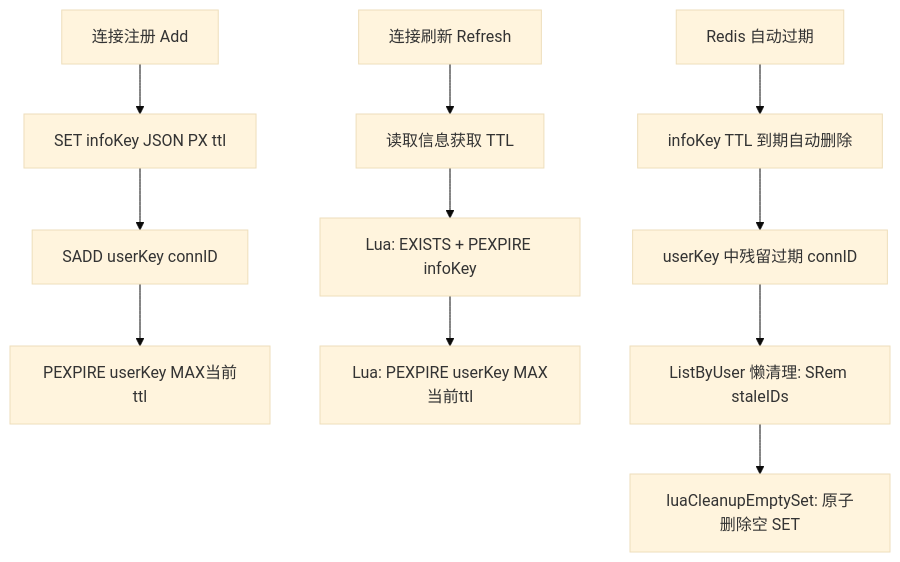
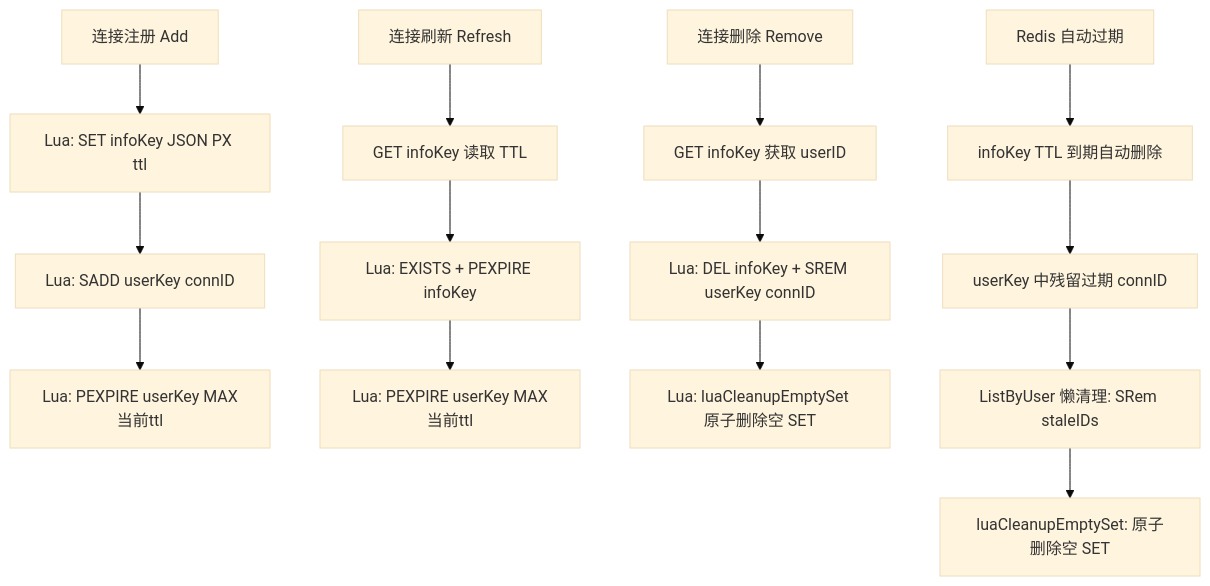
Before and after one commit to PineappleBond/xyncra-server: diagram 14 of 14 in wiki/flows/websocket-connection.md, drawn with Mermaid (base theme). The commit also changed other lines of this file and 16 other files, not shown here.

First line of the commit message:
docs(wiki): comprehensive review and fix of all flow documents

````diff
--- a/wiki/flows/websocket-connection.md
+++ b/wiki/flows/websocket-connection.md
@@ -801,15 +845,19 @@
 ```mermaid
 flowchart TD
-    A[连接注册 Add] --> B[SET infoKey JSON PX ttl]
-    B --> C[SADD userKey connID]
-    C --> D[PEXPIRE userKey MAX当前ttl]
+    A[连接注册 Add] --> B[Lua: SET infoKey JSON PX ttl]
+    B --> C[Lua: SADD userKey connID]
+    C --> D[Lua: PEXPIRE userKey MAX当前ttl]
 
-    E[连接刷新 Refresh] --> F[读取信息获取 TTL]
+    E[连接刷新 Refresh] --> F[GET infoKey 读取 TTL]
     F --> G[Lua: EXISTS + PEXPIRE infoKey]
     G --> H[Lua: PEXPIRE userKey MAX当前ttl]
+
+    R[连接删除 Remove] --> S[GET infoKey 获取 userID]
+    S --> T[Lua: DEL infoKey + SREM userKey connID]
+    T --> U[Lua: luaCleanupEmptySet 原子删除空 SET]
 
     I[Redis 自动过期] --> J[infoKey TTL 到期自动删除]
     J --> K[userKey 中残留过期 connID]
     K --> L[ListByUser 懒清理: SRem staleIDs]
     L --> M[luaCleanupEmptySet: 原子删除空 SET]
 ```
````
